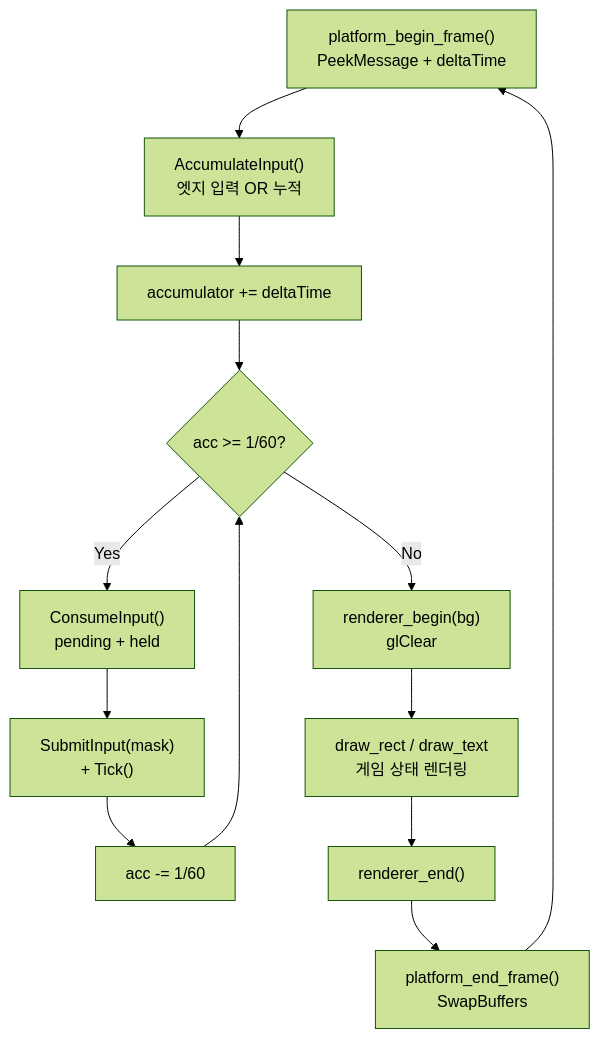
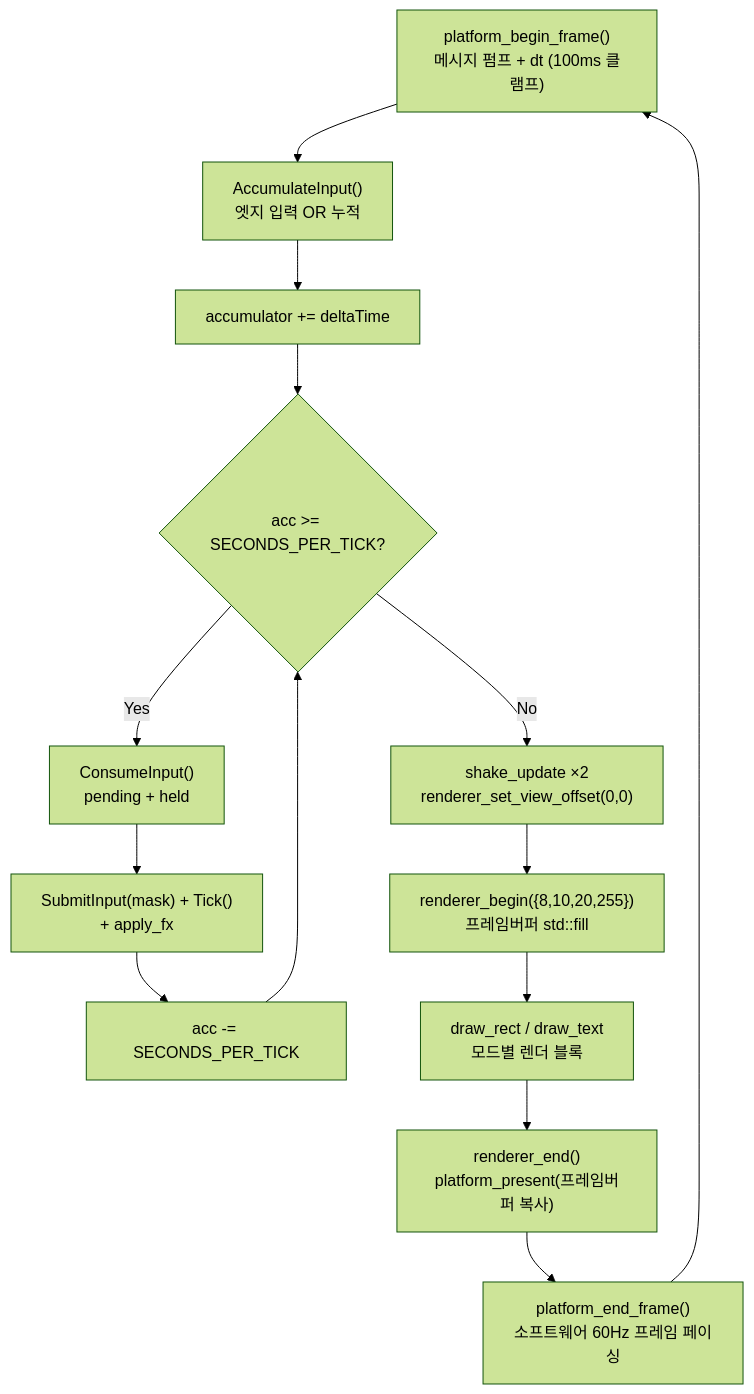
The eighth of 12 diagrams in docs/blog/part4-game-wrapper-and-loop.md (Rein-ArXiv/Tetris-Multiplayer-RL), drawn with Mermaid (forest theme) before and after one commit. The commit also changed other lines of this file and 41 other files, not shown here.

````diff
--- a/docs/blog/part4-game-wrapper-and-loop.md
+++ b/docs/blog/part4-game-wrapper-and-loop.md
@@ -571,15 +1026,16 @@
 ```mermaid
 flowchart TB
-    A["platform_begin_frame()<br/>PeekMessage + deltaTime"] --> B["AccumulateInput()<br/>엣지 입력 OR 누적"]
+    A["platform_begin_frame()<br/>메시지 펌프 + dt (100ms 클램프)"] --> B["AccumulateInput()<br/>엣지 입력 OR 누적"]
     B --> C["accumulator += deltaTime"]
-    C --> D{"acc >= 1/60?"}
+    C --> D{"acc >= SECONDS_PER_TICK?"}
     D -->|Yes| E["ConsumeInput()<br/>pending + held"]
-    E --> F["SubmitInput(mask)<br/>+ Tick()"]
-    F --> G["acc -= 1/60"]
+    E --> F["SubmitInput(mask) + Tick()<br/>+ apply_fx"]
+    F --> G["acc -= SECONDS_PER_TICK"]
     G --> D
-    D -->|No| H["renderer_begin(bg)<br/>glClear"]
-    H --> I["draw_rect / draw_text<br/>게임 상태 렌더링"]
-    I --> J["renderer_end()"]
-    J --> K["platform_end_frame()<br/>SwapBuffers"]
-    K --> A
+    D -->|No| H["shake_update ×2<br/>renderer_set_view_offset(0,0)"]
+    H --> I["renderer_begin({8,10,20,255})<br/>프레임버퍼 std::fill"]
+    I --> J["draw_rect / draw_text<br/>모드별 렌더 블록"]
+    J --> K["renderer_end()<br/>platform_present(프레임버퍼 복사)"]
+    K --> L["platform_end_frame()<br/>소프트웨어 60Hz 프레임 페이싱"]
+    L --> A
 ```
````
